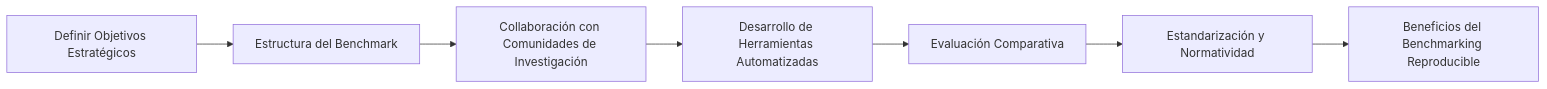
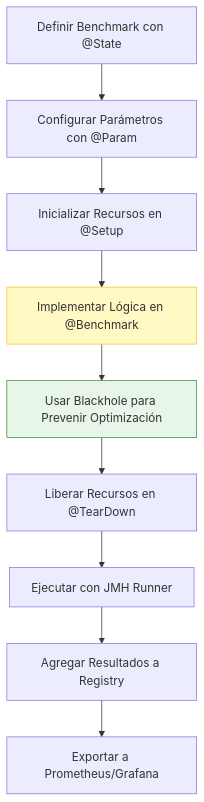
One commit to Joaquinriosheredia/DAM-Java-Mastery changed the third of 6 diagrams in _Review/benchmarking_reproducible_en_sistemas_java/benchmarking_reproducible_en_sistemas_java.md. Above: the diagram before and after it, drawn with Mermaid. The commit also changed other lines of this file, not shown here.

Commit message:
benchmarking_reproducible_en_sistemas_java

````diff
--- a/_Review/benchmarking_reproducible_en_sistemas_java/benchmarking_reproducible_en_sistemas_java.md
+++ b/_Review/benchmarking_reproducible_en_sistemas_java/benchmarking_reproducible_en_sistemas_java.md
@@ -90,9 +269,14 @@
 ```mermaid
-graph LR
-    A[Definir Objetivos Estratégicos] --> B[Estructura del Benchmark];
-    B --> C[Collaboración con Comunidades de Investigación];
-    C --> D[Desarrollo de Herramientas Automatizadas];
-    D --> E[Evaluación Comparativa];
-    E --> F[Estandarización y Normatividad];
-    F --> G[Beneficios del Benchmarking Reproducible];
+graph TD
+    A[Definir Benchmark con @State] --> B[Configurar Parámetros con @Param]
+    B --> C[Inicializar Recursos en @Setup]
+    C --> D[Implementar Lógica en @Benchmark]
+    D --> E[Usar Blackhole para Prevenir Optimización]
+    E --> F[Liberar Recursos en @TearDown]
+    F --> G[Ejecutar con JMH Runner]
+    G --> H[Agregar Resultados a Registry]
+    H --> I[Exportar a Prometheus/Grafana]
+    
+    style D fill:#fff9c4,stroke:#fbc02d
+    style E fill:#e8f5e9,stroke:#388e3c
 ```
````
